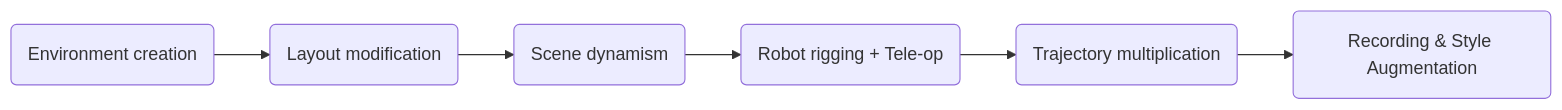
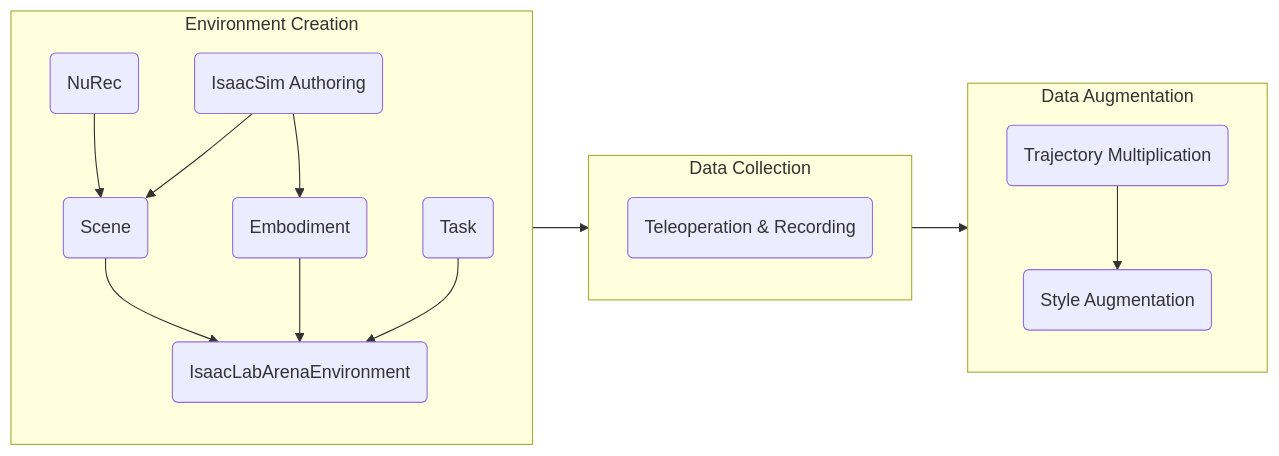
One commit to isaac-for-healthcare/i4h-tutorials changed the diagram in synthetic-data-generation/hospital_digital_twin/README.md. Above: the diagram before and after it, drawn with Mermaid. The commit also changed other lines of this file and 23 other files, not shown here.

````diff
--- a/synthetic-data-generation/hospital_digital_twin/README.md
+++ b/synthetic-data-generation/hospital_digital_twin/README.md
@@ -9,8 +22,22 @@
 ```mermaid
 flowchart LR
-    A("Environment creation") --> B("Layout modification")
-    B --> C("Scene dynamism")
-    C --> D("Robot rigging + Tele-op")
-    D --> E("Trajectory multiplication")
-    E --> F("Recording & Style Augmentation")
+    subgraph EC["Environment Creation"]
+        NuRec("NuRec") --> Scene("Scene")
+        ISA("IsaacSim Authoring") --> Scene
+        ISA --> Embodiment("Embodiment")
+        Scene --> Arena("IsaacLabArenaEnvironment")
+        Embodiment --> Arena
+        Task("Task") --> Arena
+    end
+
+    subgraph DC["Data Collection"]
+        TR("Teleoperation & Recording")
+    end
+
+    subgraph DG["Data Augmentation"]
+        TM("Trajectory Multiplication") --> SA("Style Augmentation")
+    end
+
+    EC --> DC
+    DC --> DG
 ```
````
